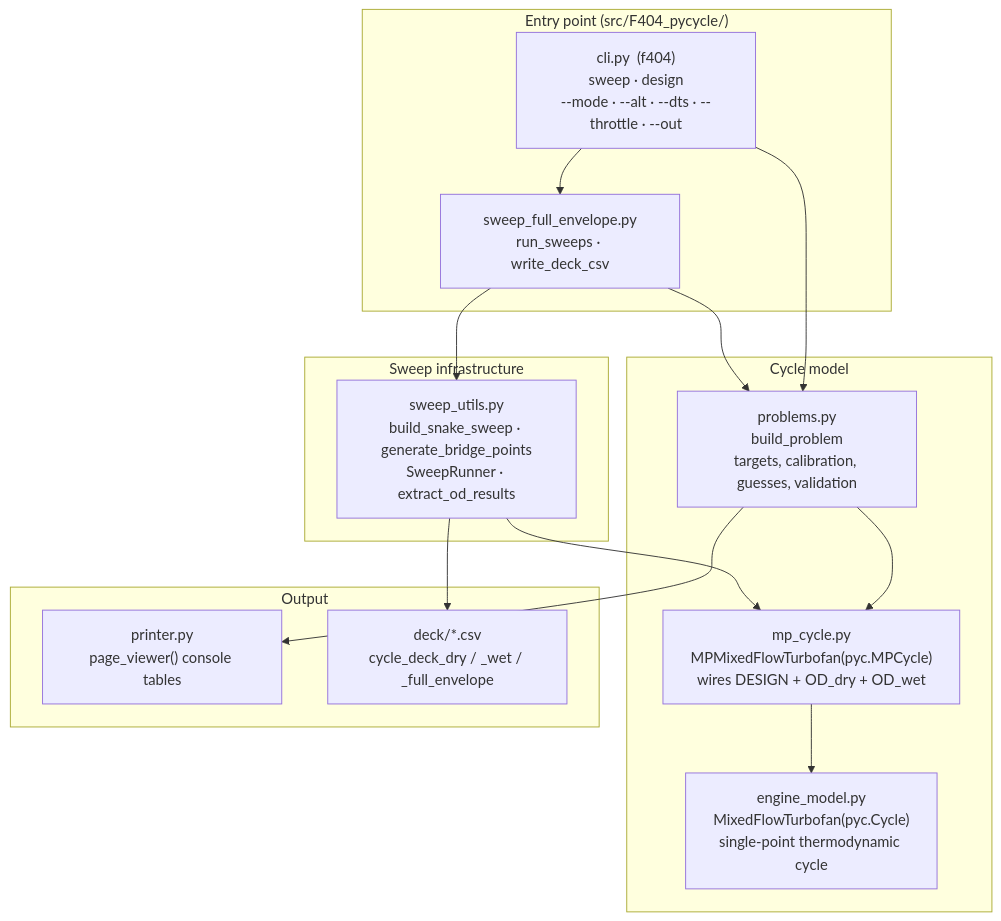
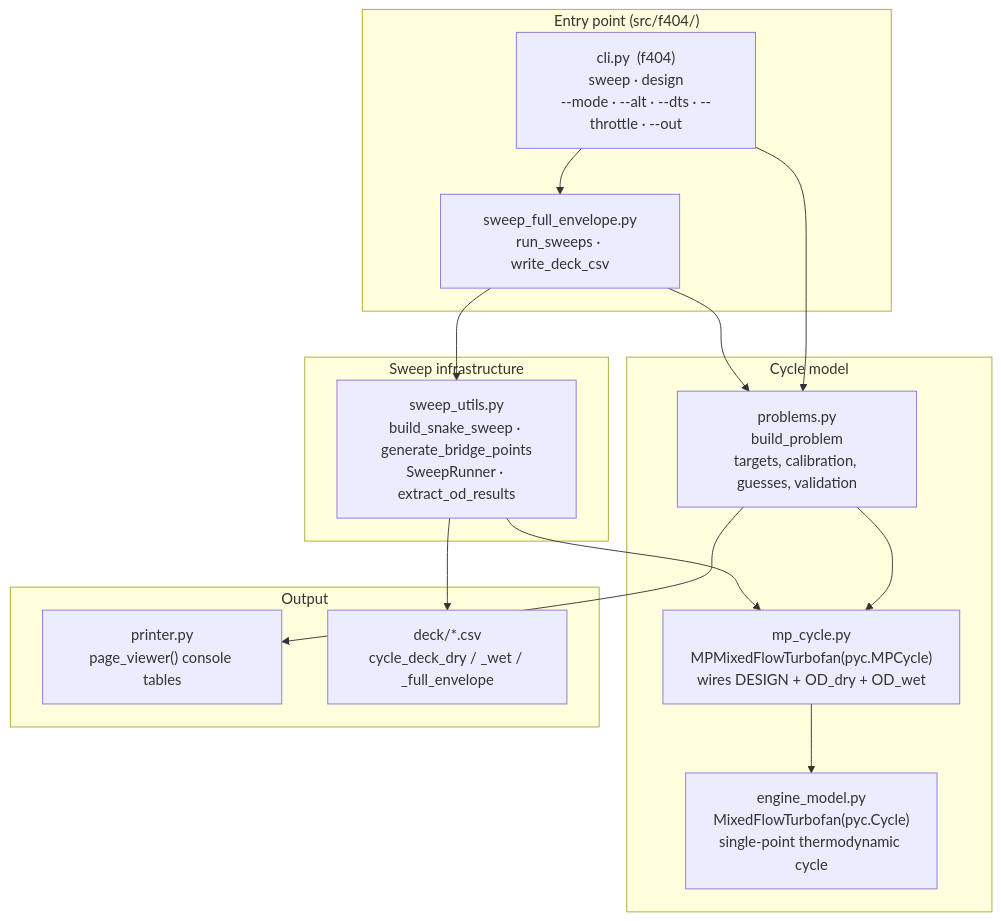
Before and after one commit to Jhawk414/F404: the diagram in README.md, drawn with Mermaid. The commit also changed other lines of this file and 22 other files, not shown here.

First line of the commit message:
refactor: rename src/F404_pycycle to src/f404 (#29)

````diff
--- a/README.md
+++ b/README.md
@@ -79,32 +79,32 @@
 ```mermaid
 flowchart TD
-    subgraph Drivers["Entry point (src/F404_pycycle/)"]
+    subgraph Drivers["Entry point (src/f404/)"]
         CLI["cli.py  (f404)<br/>sweep · design<br/>--mode · --alt · --dts · --throttle · --out"]
         A["sweep_full_envelope.py<br/>run_sweeps · write_deck_csv"]
     end
 
     subgraph Model["Cycle model"]
         B["problems.py<br/>build_problem<br/>targets, calibration, guesses, validation"]
         C["mp_cycle.py<br/>MPMixedFlowTurbofan(pyc.MPCycle)<br/>wires DESIGN + OD_dry + OD_wet"]
         D["engine_model.py<br/>MixedFlowTurbofan(pyc.Cycle)<br/>single-point thermodynamic cycle"]
     end
 
     subgraph Sweep["Sweep infrastructure"]
         E["sweep_utils.py<br/>build_snake_sweep · generate_bridge_points<br/>SweepRunner · extract_od_results"]
     end
 
     subgraph Output["Output"]
         F["printer.py<br/>page_viewer() console tables"]
         G["deck/*.csv<br/>cycle_deck_dry / _wet / _full_envelope"]
     end
 
     CLI --> A
     CLI --> B
     A --> B
     B --> C
     C --> D
     B --> F
     A --> E
     E --> C
     E --> G
 ```
````
